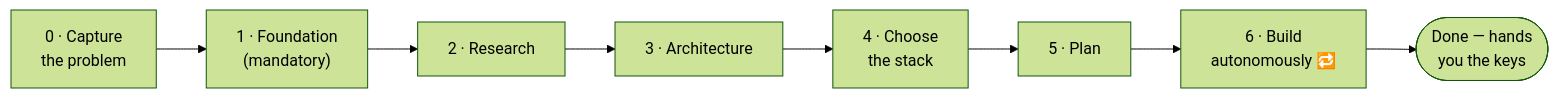
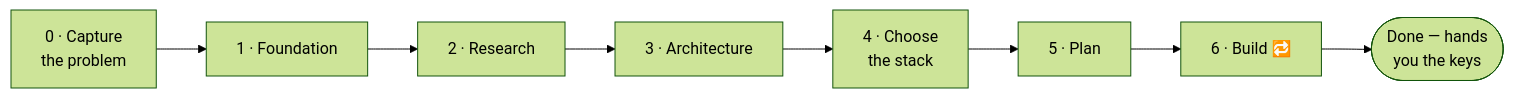
One commit to gabrieldabbah/genesis changed the diagram in README.md. Above: the diagram before and after it, drawn with Mermaid (forest theme). The commit also changed other lines of this file and 117 other files, not shown here.

````diff
--- a/README.md
+++ b/README.md
@@ -123,10 +185,10 @@
 ```mermaid
 flowchart LR
-    P0["0 · Capture<br/>the problem"] --> P1["1 · Foundation<br/>(mandatory)"]
+    P0["0 · Capture<br/>the problem"] --> P1["1 · Foundation"]
     P1 --> P2["2 · Research"]
     P2 --> P3["3 · Architecture"]
     P3 --> P4["4 · Choose<br/>the stack"]
     P4 --> P5["5 · Plan"]
-    P5 --> P6["6 · Build<br/>autonomously 🔁"]
+    P5 --> P6["6 · Build 🔁"]
     P6 --> Done(["Done — hands<br/>you the keys"])
 ```
````
